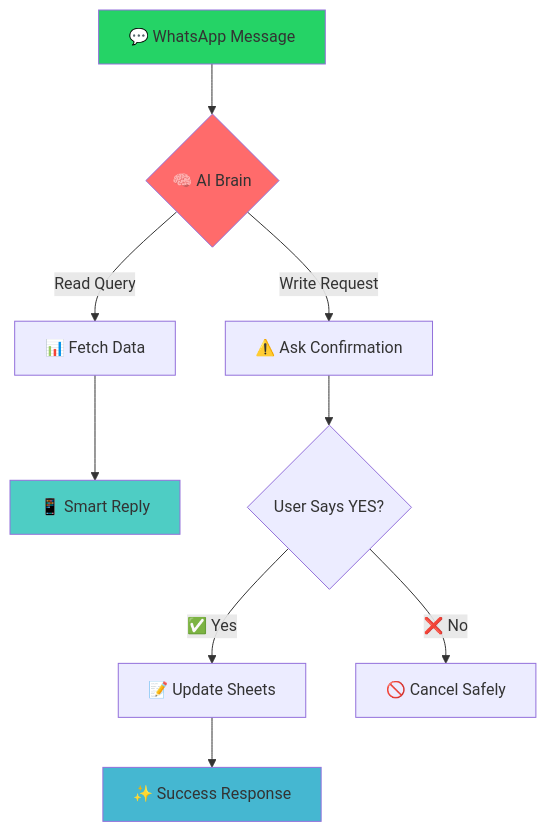
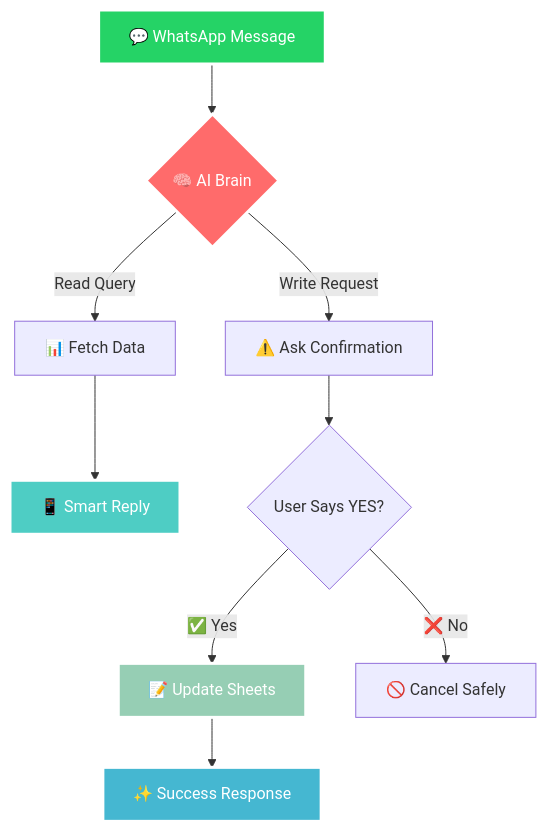
One commit to yassshhhh22/Chat2Sheet changed the first of 2 diagrams in README.md. Above: the diagram before and after it, drawn with Mermaid. The commit also changed other lines of this file, not shown here.

````diff
--- a/README.md
+++ b/README.md
@@ -21,16 +46,17 @@
 ```mermaid
 graph TD
     A[💬 WhatsApp Message] --> B{🧠 AI Brain}
     B -->|Read Query| C[📊 Fetch Data]
     B -->|Write Request| D[⚠️ Ask Confirmation]
     C --> E[📱 Smart Reply]
     D --> F{User Says YES?}
     F -->|✅ Yes| G[📝 Update Sheets]
     F -->|❌ No| H[🚫 Cancel Safely]
     G --> I[✨ Success Response]
 
-    style A fill:#25D366
-    style B fill:#FF6B6B
-    style E fill:#4ECDC4
-    style I fill:#45B7D1
+    style A fill:#25D366,stroke:#fff,stroke-width:3px,color:#fff
+    style B fill:#FF6B6B,stroke:#fff,stroke-width:3px,color:#fff
+    style E fill:#4ECDC4,stroke:#fff,stroke-width:3px,color:#fff
+    style I fill:#45B7D1,stroke:#fff,stroke-width:3px,color:#fff
+    style G fill:#96CEB4,stroke:#fff,stroke-width:3px,color:#fff
 ```
````
